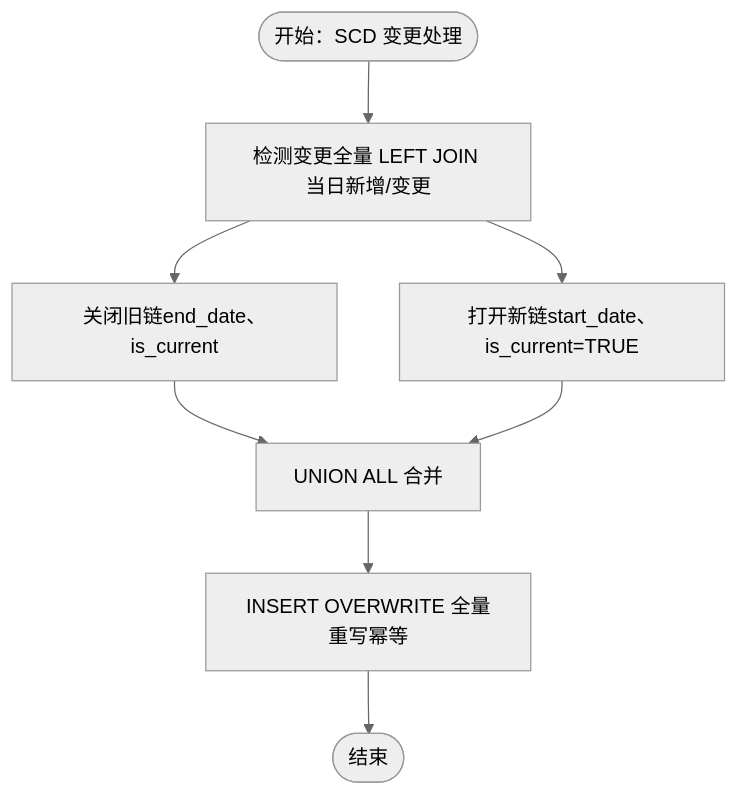
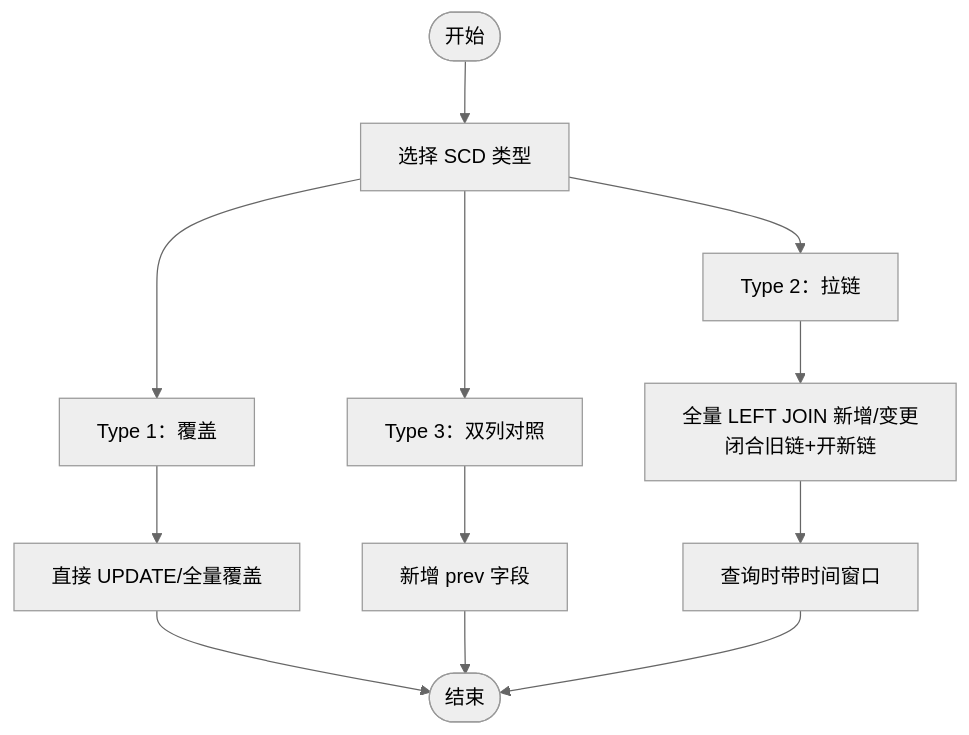
The fourth of 6 diagrams in .qoder/repowiki/zh/content/知识库系统/维度建模技巧.md (13679659643/Data_Warehouse_Engineering), drawn with Mermaid (neutral theme) before and after one commit. The commit also changed other lines of this file and 88 other files, not shown here.

````diff
--- a/.qoder/repowiki/zh/content/知识库系统/维度建模技巧.md
+++ b/.qoder/repowiki/zh/content/知识库系统/维度建模技巧.md
@@ -179,10 +183,14 @@
 ```mermaid
 flowchart TD
-Start(["开始：SCD 变更处理"]) --> Detect["检测变更全量 LEFT JOIN 当日新增/变更"]
-Detect --> CloseOld["关闭旧链end_date、is_current"]
-Detect --> OpenNew["打开新链start_date、is_current=TRUE"]
-CloseOld --> Union["UNION ALL 合并"]
-OpenNew --> Union
-Union --> Overwrite["INSERT OVERWRITE 全量重写幂等"]
-Overwrite --> End(["结束"])
+Start(["开始"]) --> ChooseType["选择 SCD 类型"]
+ChooseType --> Type1["Type 1：覆盖"]
+ChooseType --> Type2["Type 2：拉链"]
+ChooseType --> Type3["Type 3：双列对照"]
+Type1 --> Apply1["直接 UPDATE/全量覆盖"]
+Type2 --> Apply2["全量 LEFT JOIN 新增/变更<br/>闭合旧链+开新链"]
+Type3 --> Apply3["新增 prev 字段"]
+Apply2 --> JoinWin["查询时带时间窗口"]
+Apply1 --> End(["结束"])
+Apply3 --> End
+JoinWin --> End
 ```
````
